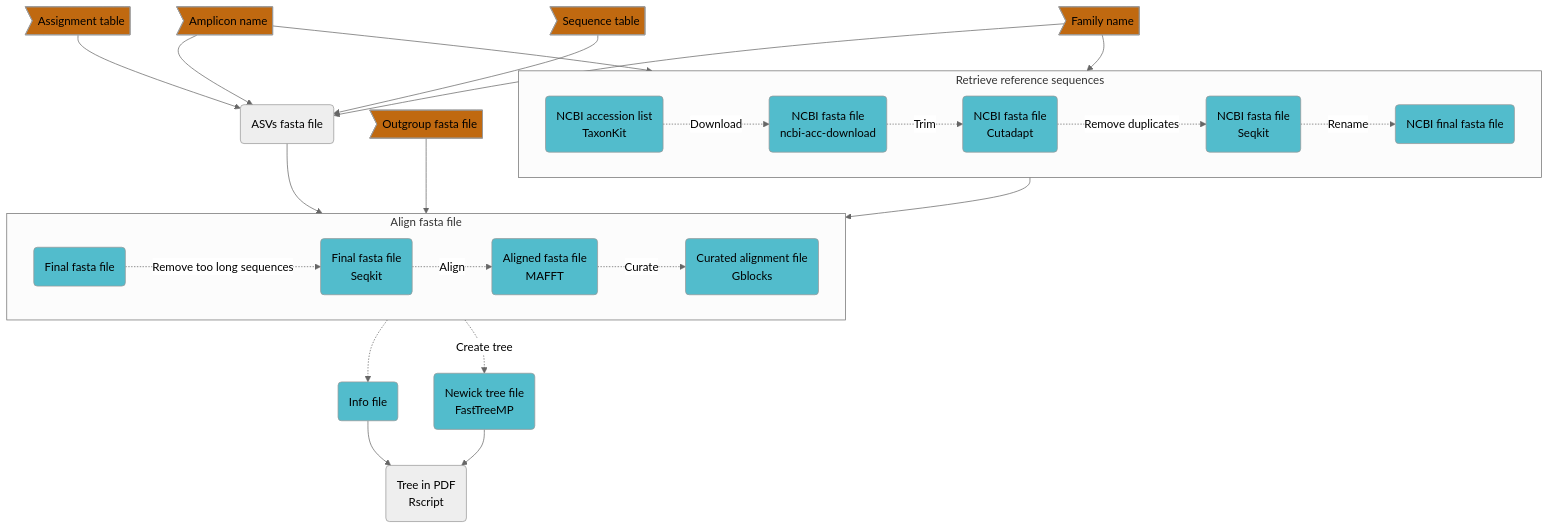
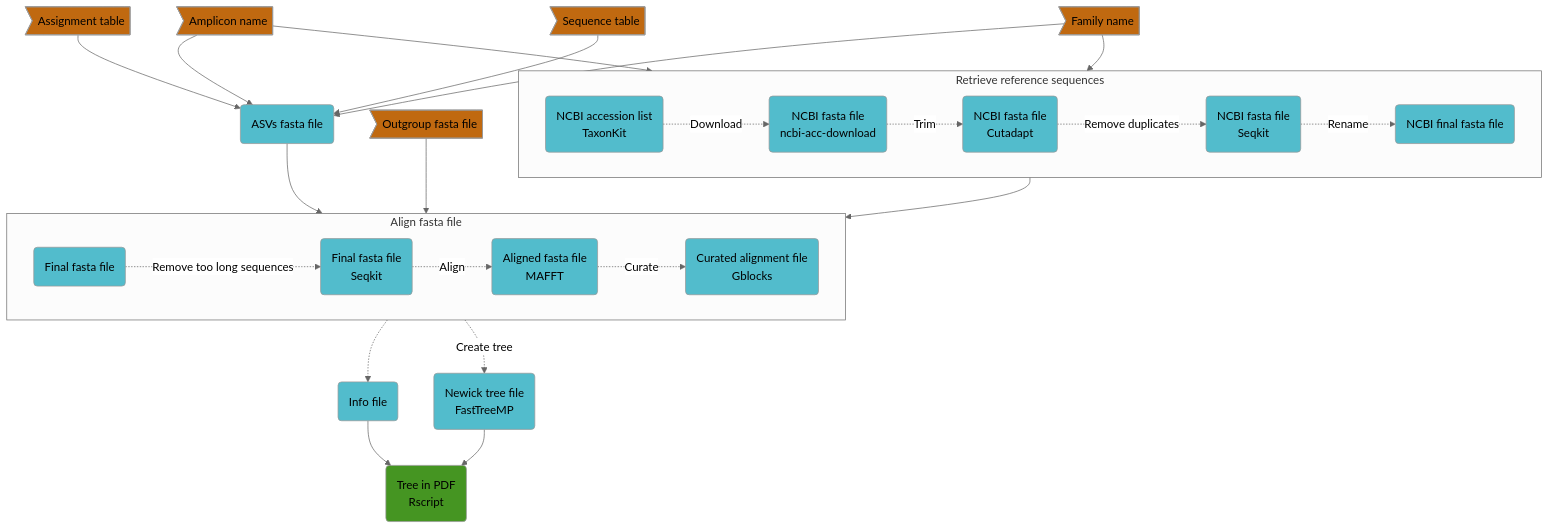
The diagram in README.md (Enorya/Phylo-tree_eDNA), drawn with Mermaid (neutral theme) before and after one commit.

````diff
--- a/README.md
+++ b/README.md
@@ -20,48 +20,49 @@
 ```mermaid
 flowchart TB
 	amplicon>Amplicon name]
 	family>Family name]
 	Assign>Assignment table]
 	Seq>Sequence table]
 	Out>Outgroup fasta file]
 	step1(NCBI accession list
 TaxonKit)
 	step2(NCBI fasta file
 ncbi-acc-download)
 	step3(NCBI fasta file
 Cutadapt)
 	step4(NCBI fasta file
 Seqkit)
 	step5(NCBI final fasta file)
 	step6(ASVs fasta file)
 	step7(Final fasta file)
 	step8(Final fasta file
 Seqkit)
 	step9(Aligned fasta file
 MAFFT)
 	step10(Curated alignment file
 Gblocks)
 	step11(Newick tree file
 FastTreeMP)
 	step12(Info file)
 	step13(Tree in PDF
 Rscript)
 
 	subgraph "Retrieve reference sequences"
 		direction LR
         	step1:::blue -.->|Download| step2:::blue -.->|Trim| step3:::blue -.->|Remove duplicates| step4:::blue -.->|Rename| step5:::blue
 	end
 	subgraph "Align fasta file"
 		direction LR
         	step7:::blue -.->|Remove too long sequences| step8:::blue -.->|Align| step9:::blue -.->|Curate| step10:::blue
 	end
 	amplicon:::red --> step1
 	family:::red --> step1
 	amplicon:::red & Assign:::red & Seq:::red & family:::red --> step6
-	step5 & Out:::red & step6 --> step7
-	step10 -.-> step12:::blue --> step13
+	step5 & Out:::red & step6:::blue --> step7
+	step10 -.-> step12:::blue --> step13:::green
 	step10 -.->|Create tree| step11:::blue --> step13
 	classDef red fill:#c06910
 	classDef blue fill:#52bccc
+	classDef green fill:#459522
 
 ```
````
